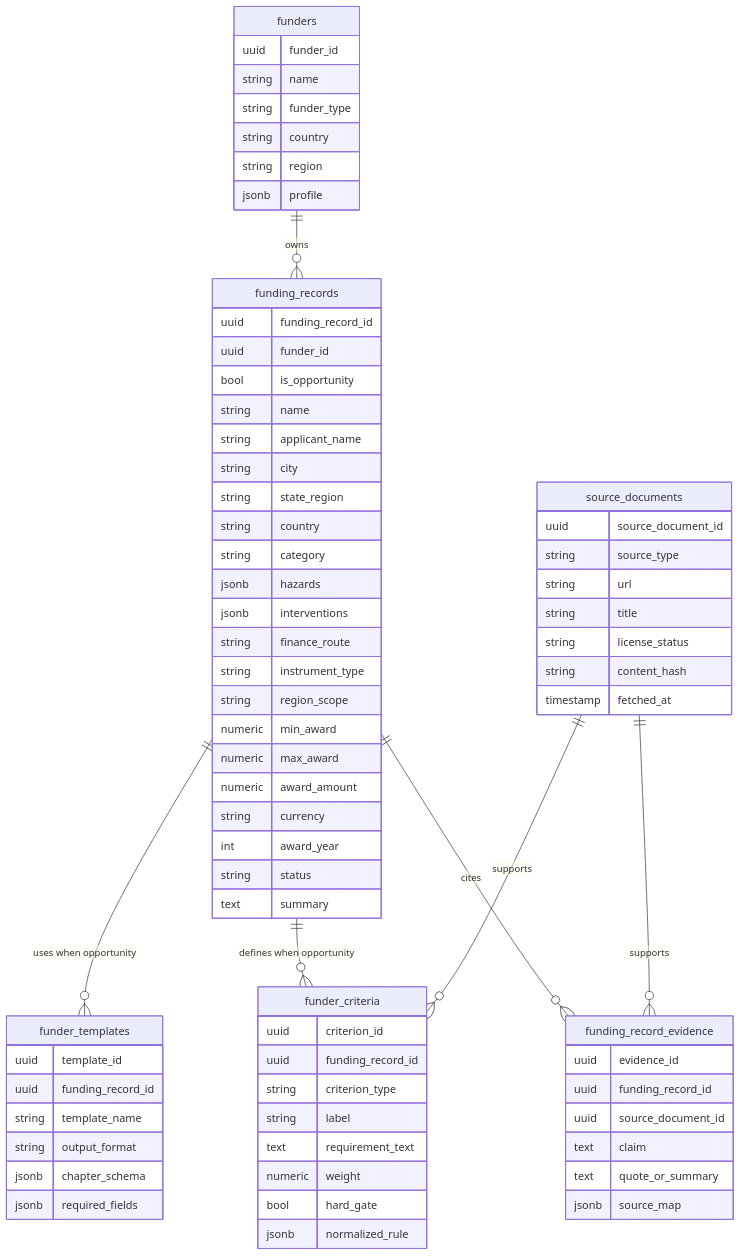
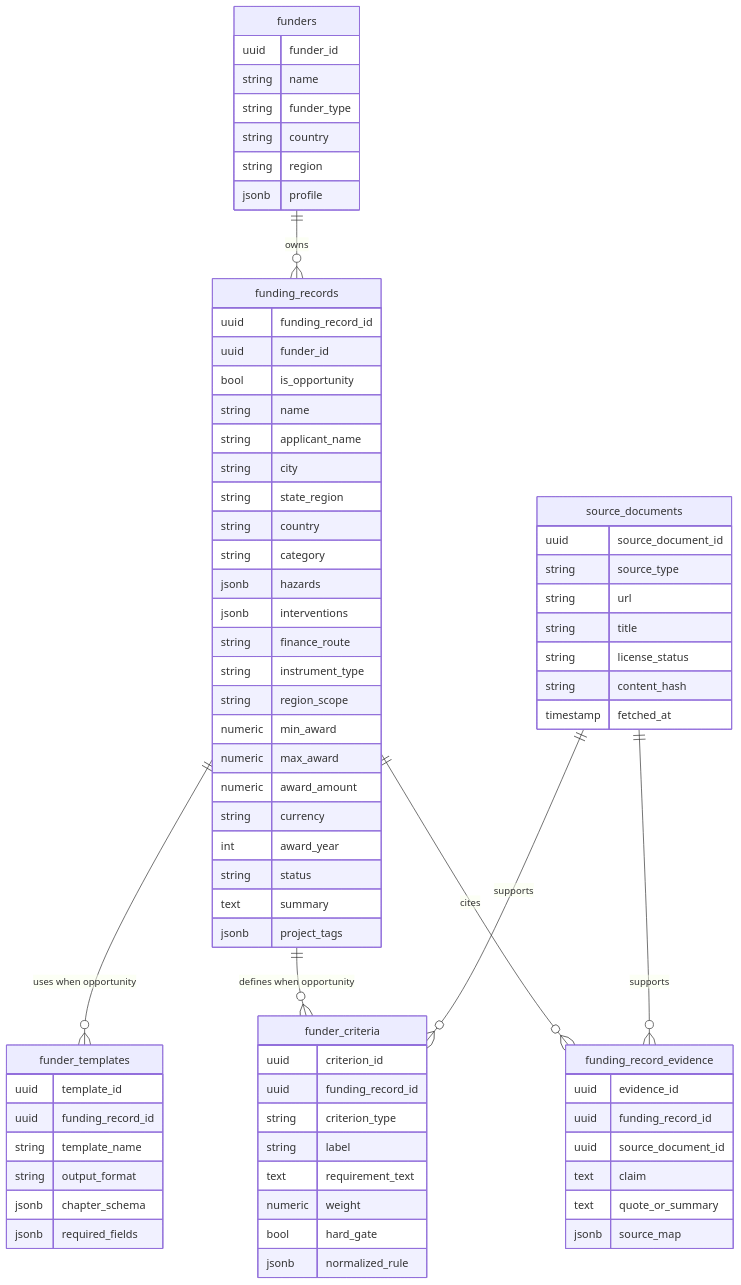
One commit to Open-Earth-Foundation/CityCatalyst changed the seventh of 14 diagrams in docs/ConceptNoteBuilderArchitecture.md. Above: the diagram before and after it, drawn with Mermaid. The commit also changed other lines of this file and 40 other files, not shown here.

````diff
--- a/docs/ConceptNoteBuilderArchitecture.md
+++ b/docs/ConceptNoteBuilderArchitecture.md
@@ -726,81 +734,82 @@
 ```mermaid
 erDiagram
     funders ||--o{ funding_records : "owns"
     funding_records ||--o{ funder_templates : "uses when opportunity"
     funding_records ||--o{ funder_criteria : "defines when opportunity"
     funding_records ||--o{ funding_record_evidence : "cites"
     source_documents ||--o{ funding_record_evidence : "supports"
     source_documents ||--o{ funder_criteria : "supports"
 
     funders {
         uuid funder_id
         string name
         string funder_type
         string country
         string region
         jsonb profile
     }
 
     funding_records {
         uuid funding_record_id
         uuid funder_id
         bool is_opportunity
         string name
         string applicant_name
         string city
         string state_region
         string country
         string category
         jsonb hazards
         jsonb interventions
         string finance_route
         string instrument_type
         string region_scope
         numeric min_award
         numeric max_award
         numeric award_amount
         string currency
         int award_year
         string status
         text summary
+        jsonb project_tags
     }
 
     funder_templates {
         uuid template_id
         uuid funding_record_id
         string template_name
         string output_format
         jsonb chapter_schema
         jsonb required_fields
     }
 
     funder_criteria {
         uuid criterion_id
         uuid funding_record_id
         string criterion_type
         string label
         text requirement_text
         numeric weight
         bool hard_gate
         jsonb normalized_rule
     }
 
     source_documents {
         uuid source_document_id
         string source_type
         string url
         string title
         string license_status
         string content_hash
         timestamp fetched_at
     }
 
     funding_record_evidence {
         uuid evidence_id
         uuid funding_record_id
         uuid source_document_id
         text claim
         text quote_or_summary
         jsonb source_map
     }
 ```
````
